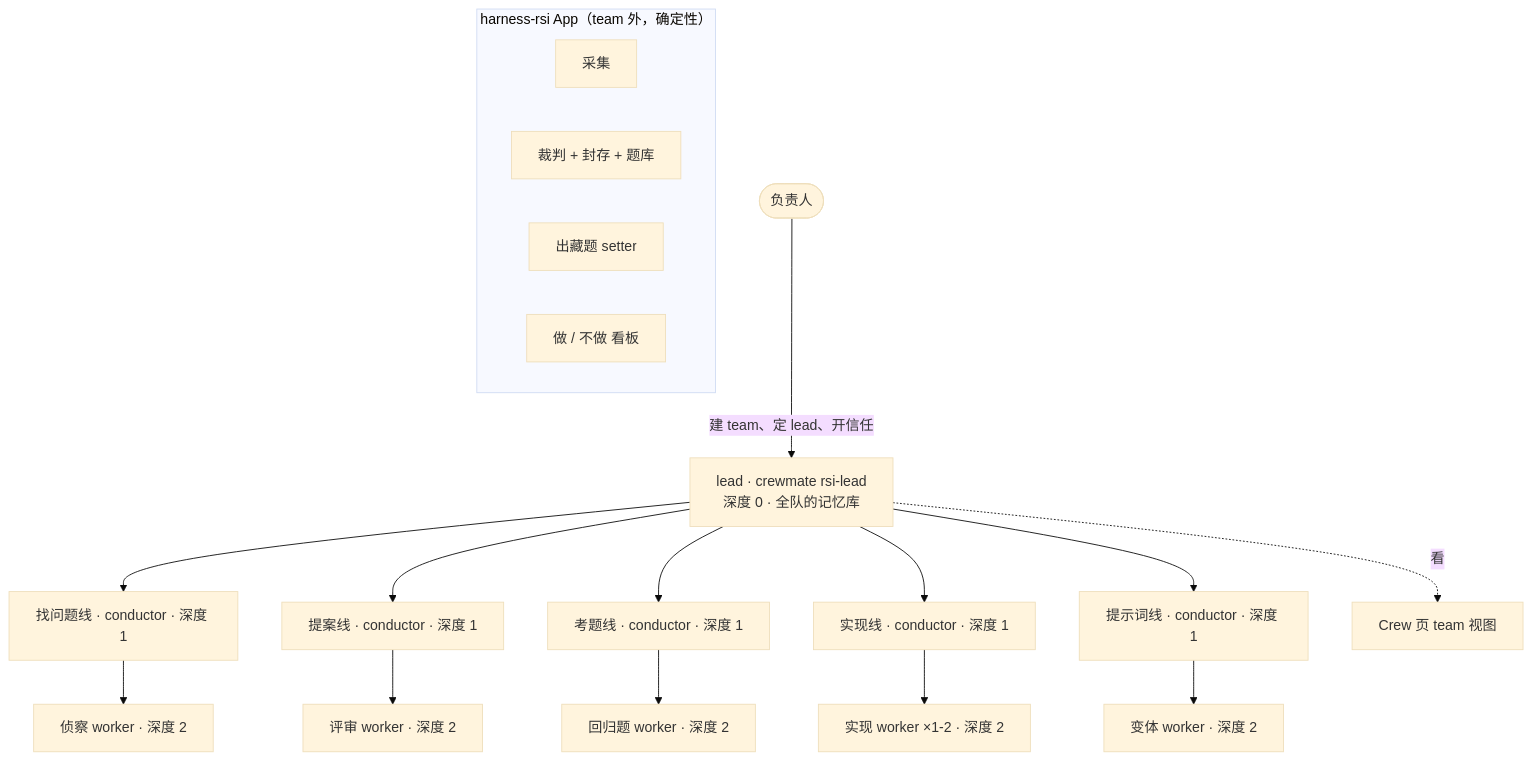
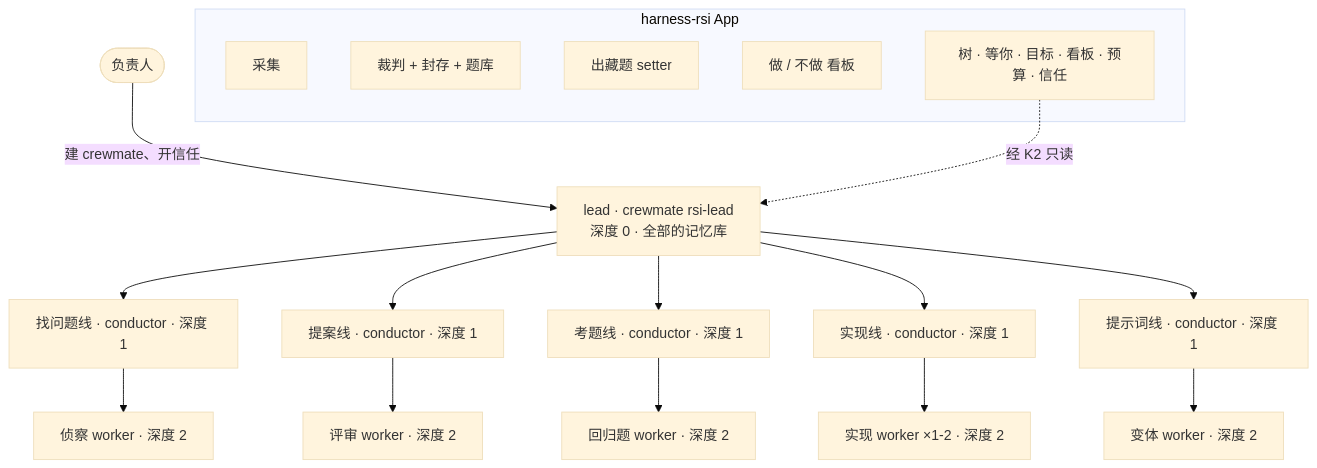
Before and after one commit to iamwhatever/harness-rsi: the second of 9 diagrams in docs/design/crewmate-team.md, drawn with Mermaid (base theme). The commit also changed other lines of this file and 3 other files, not shown here.

First line of the commit message:
docs: crewmate design v4 (one crewmate, team views in the app first)

````diff
--- a/docs/design/crewmate-team.md
+++ b/docs/design/crewmate-team.md
@@ -97,21 +97,22 @@
 ```mermaid
 flowchart TD
-  OWNER(["负责人"]) -->|"建 team、定 lead、开信任"| LEAD["lead · crewmate rsi-lead<br>深度 0 · 全队的记忆库"]
+  OWNER(["负责人"]) -->|"建 crewmate、开信任"| LEAD["lead · crewmate rsi-lead<br>深度 0 · 全部的记忆库"]
   LEAD --> F["找问题线 · conductor · 深度 1"]
   LEAD --> P["提案线 · conductor · 深度 1"]
   LEAD --> E["考题线 · conductor · 深度 1"]
   LEAD --> B["实现线 · conductor · 深度 1"]
   LEAD --> PS["提示词线 · conductor · 深度 1"]
   F --> W1["侦察 worker · 深度 2"]
   P --> W2["评审 worker · 深度 2"]
   E --> W3["回归题 worker · 深度 2"]
   B --> W4["实现 worker ×1-2 · 深度 2"]
   PS --> W5["变体 worker · 深度 2"]
-  subgraph APP["harness-rsi App（team 外，确定性）"]
+  subgraph APP["harness-rsi App"]
     COL["采集"]
     JUDGE["裁判 + 封存 + 题库"]
     SET["出藏题 setter"]
     BOARD["做 / 不做 看板"]
+    PAGE["树 · 等你 · 目标 · 看板 · 预算 · 信任"]
   end
-  LEAD -.看.-> TV["Crew 页 team 视图"]
+  PAGE -.经 K2 只读.-> LEAD
 ```
````
